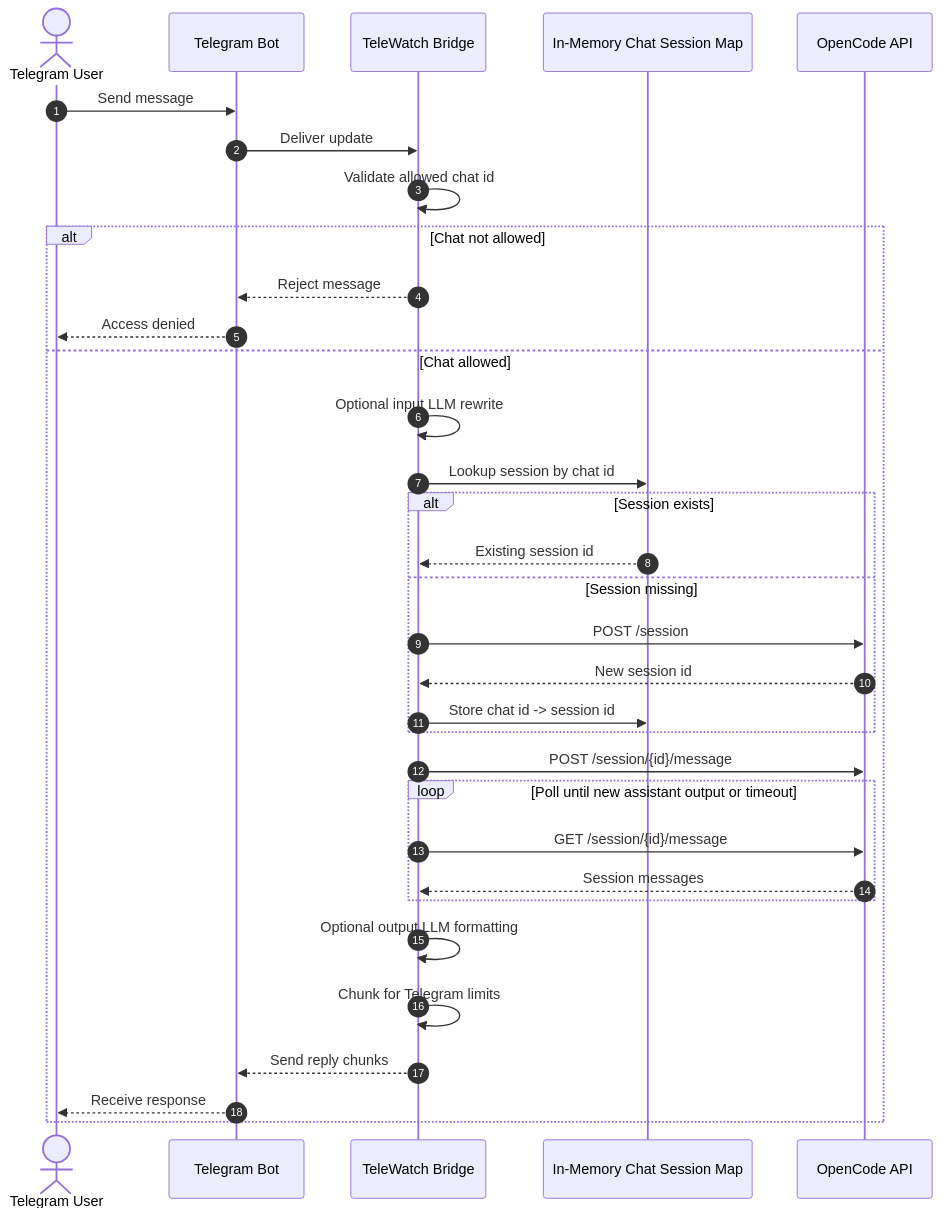
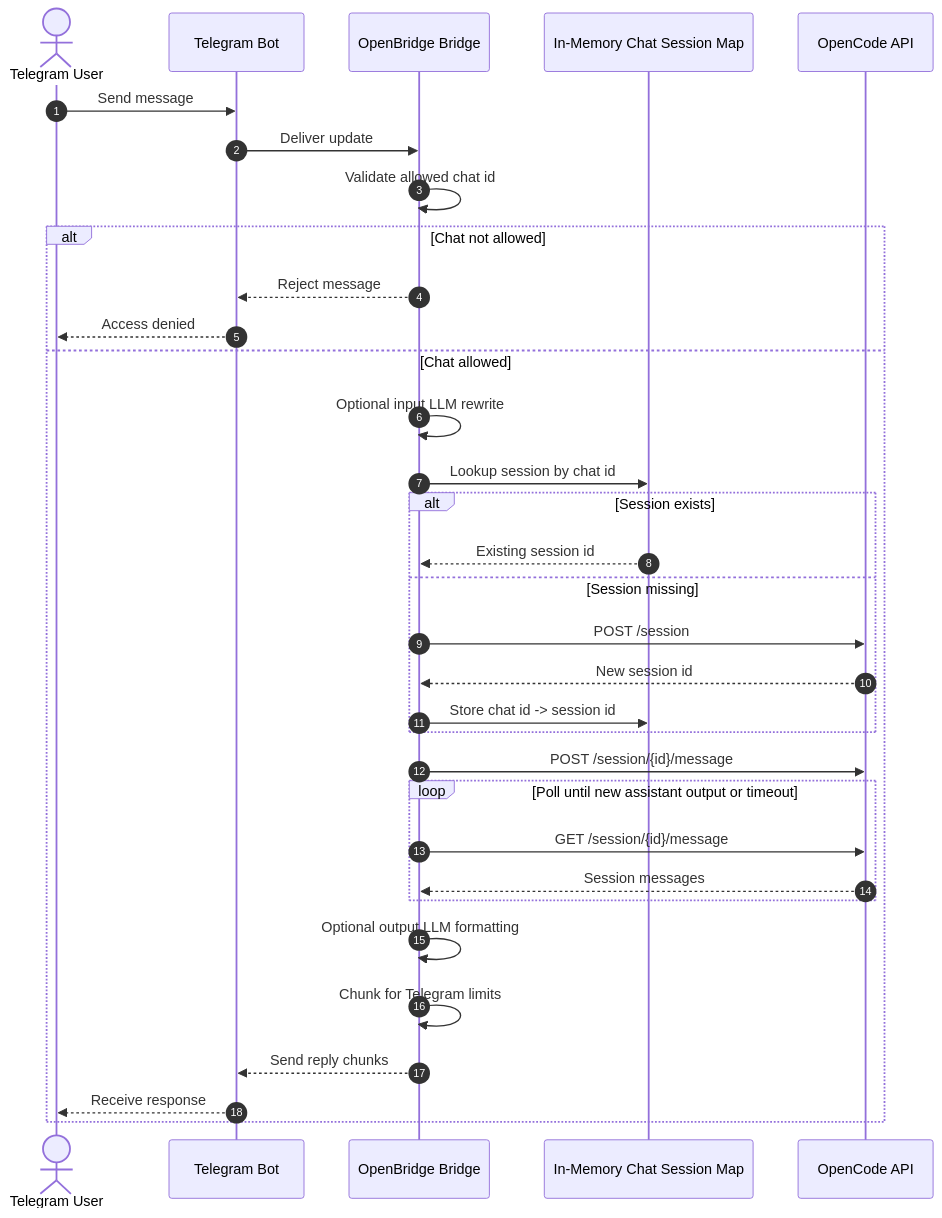
One commit to ArindamTripathi619/TelegramRemoteProgressBot changed the second of 4 diagrams in README.md. Above: the diagram before and after it, drawn with Mermaid. The commit also changed other lines of this file and 17 other files, not shown here.

````diff
--- a/README.md
+++ b/README.md
@@ -51,36 +61,36 @@
 ```mermaid
 sequenceDiagram
   autonumber
   actor User as Telegram User
   participant TG as Telegram Bot
-  participant Bridge as TeleWatch Bridge
+  participant Bridge as OpenBridge Bridge
   participant Sessions as In-Memory Chat Session Map
   participant OC as OpenCode API
 
   User->>TG: Send message
   TG->>Bridge: Deliver update
   Bridge->>Bridge: Validate allowed chat id
   alt Chat not allowed
     Bridge-->>TG: Reject message
     TG-->>User: Access denied
   else Chat allowed
     Bridge->>Bridge: Optional input LLM rewrite
     Bridge->>Sessions: Lookup session by chat id
     alt Session exists
       Sessions-->>Bridge: Existing session id
     else Session missing
       Bridge->>OC: POST /session
       OC-->>Bridge: New session id
       Bridge->>Sessions: Store chat id -> session id
     end
     Bridge->>OC: POST /session/{id}/message
     loop Poll until new assistant output or timeout
       Bridge->>OC: GET /session/{id}/message
       OC-->>Bridge: Session messages
     end
     Bridge->>Bridge: Optional output LLM formatting
     Bridge->>Bridge: Chunk for Telegram limits
     Bridge-->>TG: Send reply chunks
     TG-->>User: Receive response
   end
 ```
````
